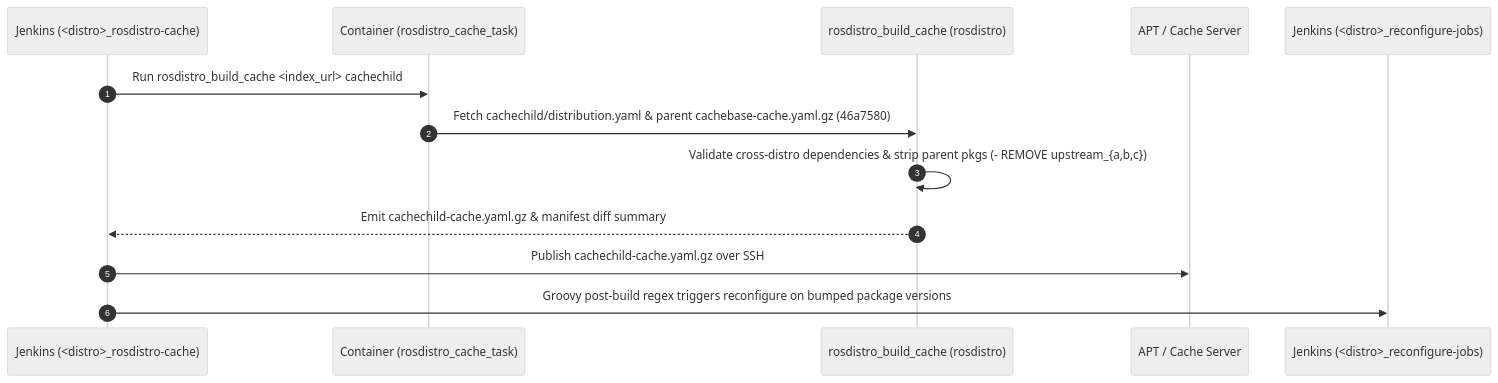
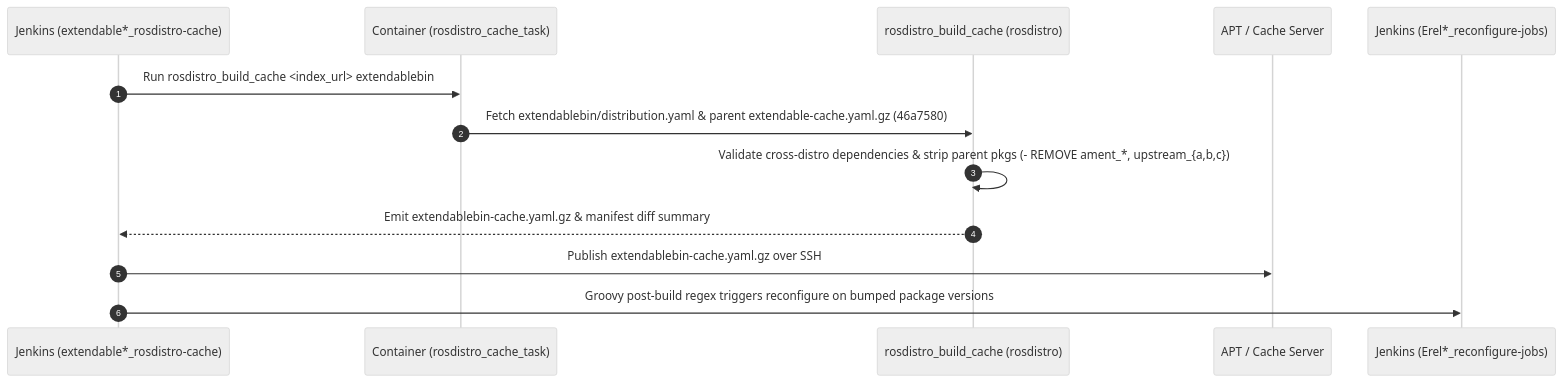
The first of 2 diagrams in STAGE5_CACHE_AND_BLOOM_PLAN.md (KmoM88/rep159-testing), drawn with Mermaid (neutral theme) before and after one commit. The commit also changed other lines of this file and 10 other files, not shown here.

Commit message:
docs: unify Stage 4 & 5 under extendable* (E*), rename stage branches, and record build.test.ros2.org results

````diff
--- a/STAGE5_CACHE_AND_BLOOM_PLAN.md
+++ b/STAGE5_CACHE_AND_BLOOM_PLAN.md
@@ -9,16 +9,16 @@
 ```mermaid
 sequenceDiagram
     autonumber
-    participant Jenkins as Jenkins (<distro>_rosdistro-cache)
+    participant Jenkins as Jenkins (extendable*_rosdistro-cache)
     participant Docker as Container (rosdistro_cache_task)
     participant Script as rosdistro_build_cache (rosdistro)
     participant Mirror as APT / Cache Server
-    participant Reconfig as Jenkins (<distro>_reconfigure-jobs)
+    participant Reconfig as Jenkins (Erel*_reconfigure-jobs)
 
-    Jenkins->>Docker: Run rosdistro_build_cache <index_url> cachechild
-    Docker->>Script: Fetch cachechild/distribution.yaml & parent cachebase-cache.yaml.gz (46a7580)
-    Script->>Script: Validate cross-distro dependencies & strip parent pkgs (- REMOVE upstream_{a,b,c})
-    Script-->>Jenkins: Emit cachechild-cache.yaml.gz & manifest diff summary
-    Jenkins->>Mirror: Publish cachechild-cache.yaml.gz over SSH
+    Jenkins->>Docker: Run rosdistro_build_cache <index_url> extendablebin
+    Docker->>Script: Fetch extendablebin/distribution.yaml & parent extendable-cache.yaml.gz (46a7580)
+    Script->>Script: Validate cross-distro dependencies & strip parent pkgs (- REMOVE ament_*, upstream_{a,b,c})
+    Script-->>Jenkins: Emit extendablebin-cache.yaml.gz & manifest diff summary
+    Jenkins->>Mirror: Publish extendablebin-cache.yaml.gz over SSH
     Jenkins->>Reconfig: Groovy post-build regex triggers reconfigure on bumped package versions
 ```
````
